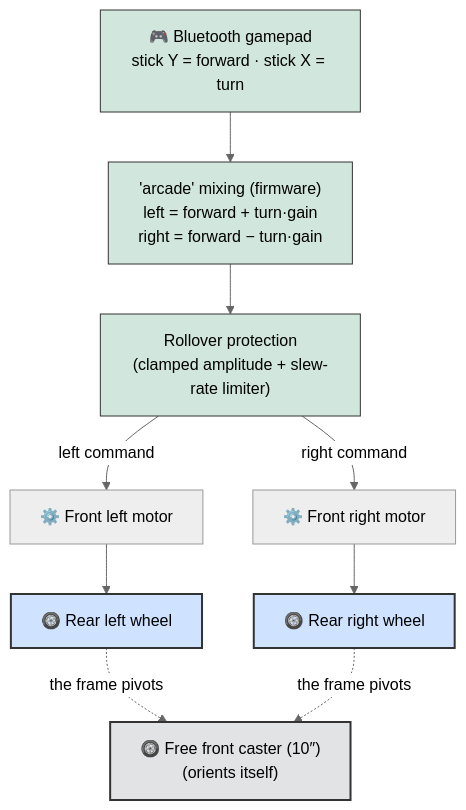
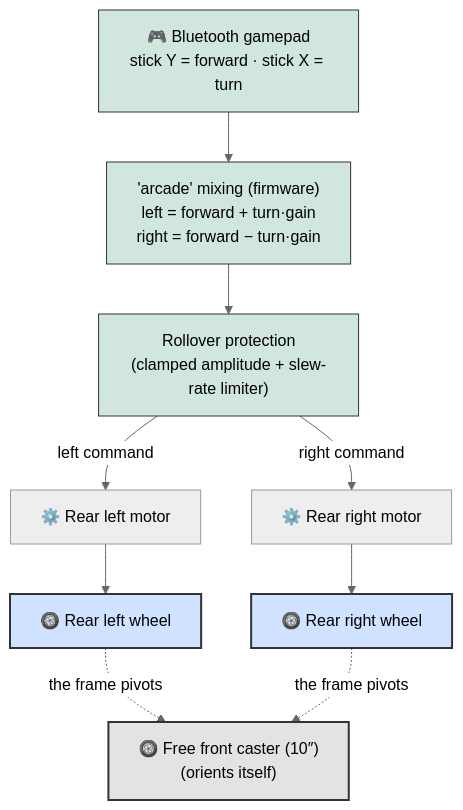
One commit to pinkymaxou/powered-soapbox-car changed the fourth of 9 diagrams in README.md. Above: the diagram before and after it, drawn with Mermaid (neutral theme). The commit also changed other lines of this file and 15 other files, not shown here.

````diff
--- a/README.md
+++ b/README.md
@@ -241,24 +243,24 @@
 ```mermaid
 flowchart TD
     PAD["🎮 Bluetooth gamepad<br/>stick Y = forward · stick X = turn"]
     MIX["'arcade' mixing (firmware)<br/>left = forward + turn·gain<br/>right = forward − turn·gain"]
     LIM["Rollover protection<br/>(clamped amplitude + slew-rate limiter)"]
-    ML["⚙️ Front left motor"]
-    MR["⚙️ Front right motor"]
+    ML["⚙️ Rear left motor"]
+    MR["⚙️ Rear right motor"]
     RG["🛞 Rear left wheel"]
     RD["🛞 Rear right wheel"]
     CAS["🛞 Free front caster (10″)<br/>(orients itself)"]
 
     PAD --> MIX --> LIM
     LIM -- "left command" --> ML --> RG
     LIM -- "right command" --> MR --> RD
     RG -. "the frame pivots" .-> CAS
     RD -. "the frame pivots" .-> CAS
 
     classDef cmd fill:#d1e7dd,stroke:#333;
     classDef mobile fill:#cfe2ff,stroke:#333,stroke-width:2px;
     classDef caster fill:#e2e3e5,stroke:#333,stroke-width:2px;
     class PAD,MIX,LIM cmd;
     class RG,RD mobile;
     class CAS caster;
 ```
````
